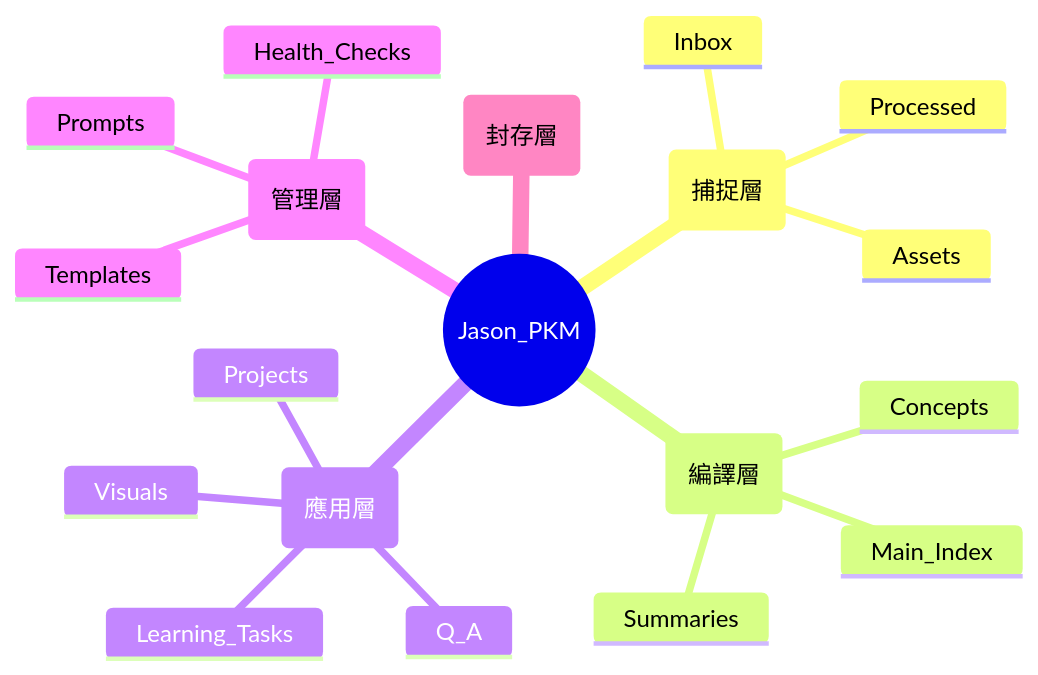
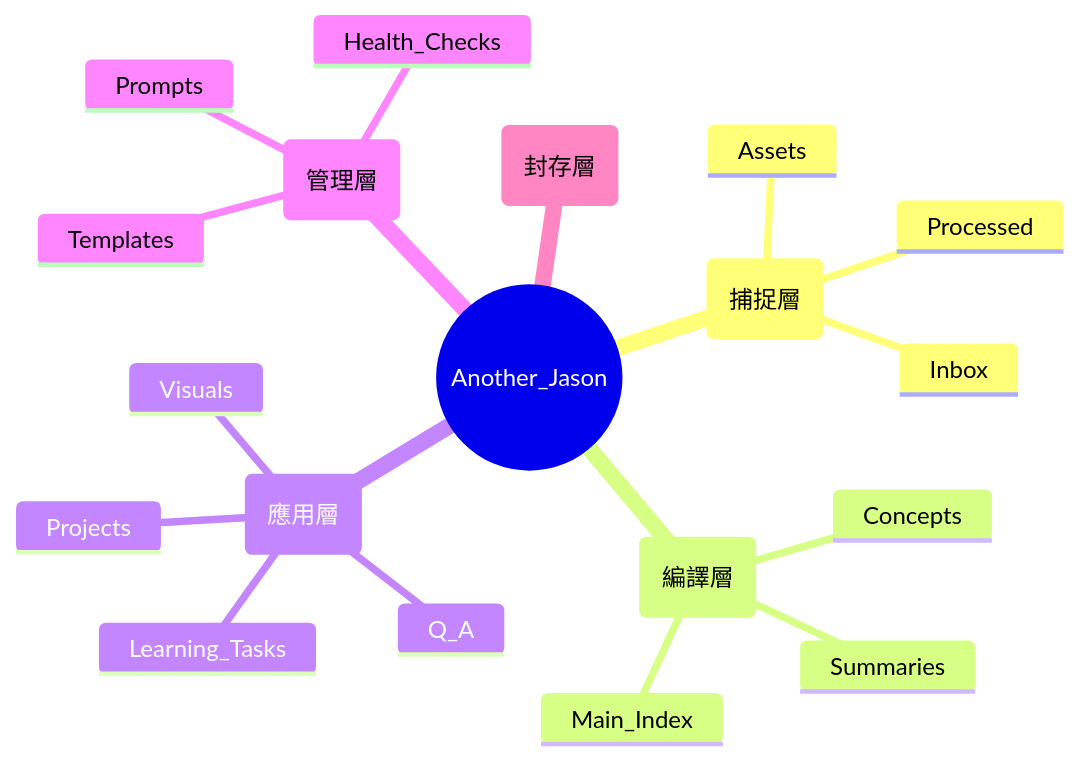
One commit to Jasonli1991/Another_Me_Architecture changed the diagram in README.md. Above: the diagram before and after it, drawn with Mermaid. The commit also changed other lines of this file and 3 other files, not shown here.

Commit message:
chore: upgrade vault to Another_Jason 2.0 with naming convention, strict templates, and directory restructuring

````diff
--- a/README.md
+++ b/README.md
@@ -34,22 +34,22 @@
 ```mermaid
 mindmap
-  root((Jason_PKM))
+  root((Another_Jason))
     00_Raw(捕捉層)
       Inbox
       Assets
       Processed
     01_Wiki(編譯層)
       Summaries
       Concepts
       Main_Index
     02_Outputs(應用層)
       Projects
       Learning_Tasks
       Q_A
       Visuals
     03_Meta(管理層)
       Prompts
       Templates
       Health_Checks
     04_Archive(封存層)
 ```
````
